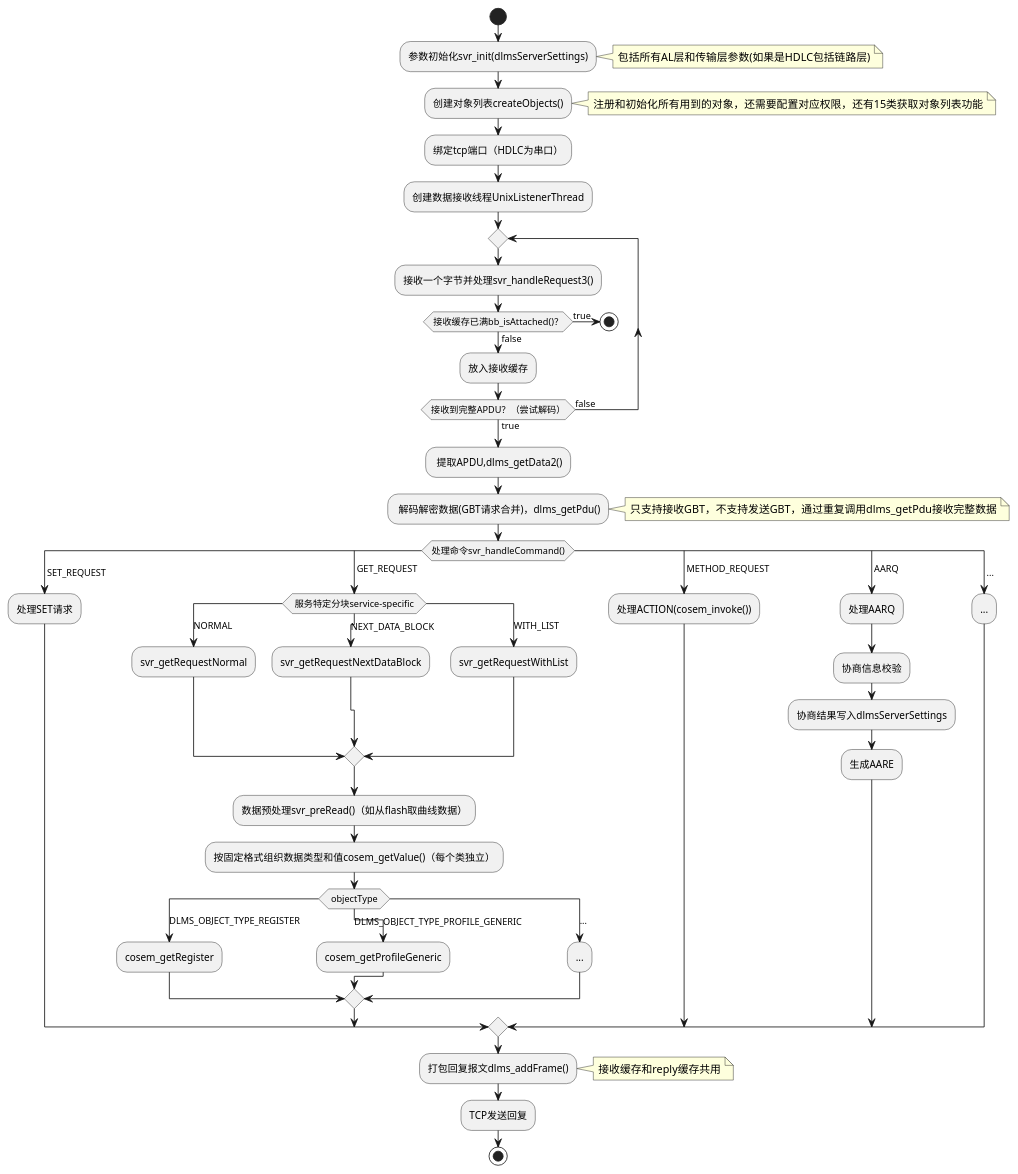
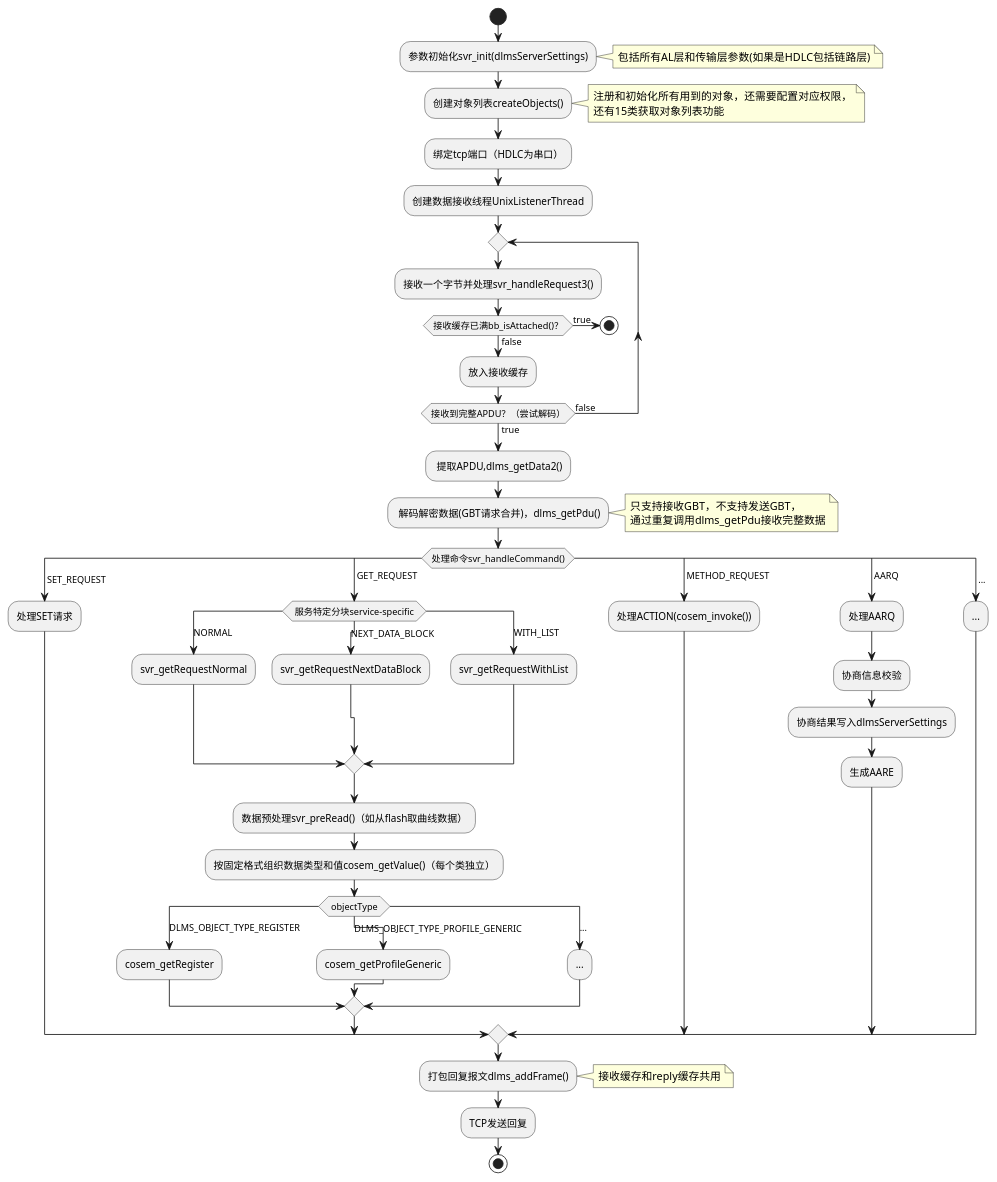
The diagram in assets/doc/2022-06-20-gurux-dlms-c/通信线程.puml (ProphetHJK/prophethjk.github.io), drawn with PlantUML before and after one commit. The commit also changed 17 other files, not shown here.

```diff
--- a/assets/doc/2022-06-20-gurux-dlms-c/通信线程.puml
+++ b/assets/doc/2022-06-20-gurux-dlms-c/通信线程.puml
@@ -1,60 +1,66 @@
 @startuml guruxdlms活动图
 
 start
 :参数初始化svr_init(dlmsServerSettings);
 note right:包括所有AL层和传输层参数(如果是HDLC包括链路层)
 :创建对象列表createObjects();
-note right:注册和初始化所有用到的对象，还需要配置对应权限，还有15类获取对象列表功能
+note right
+注册和初始化所有用到的对象，还需要配置对应权限，
+还有15类获取对象列表功能
+end note
 :绑定tcp端口（HDLC为串口）;
 :创建数据接收线程UnixListenerThread;
 repeat
   :接收一个字节并处理svr_handleRequest3();
   if (接收缓存已满bb_isAttached()？) then (true)
     stop
   else (false)
     :放入接收缓存;
   endif
 repeat while (接收到完整APDU？（尝试解码）) is (false) not (true)
 : 提取APDU,dlms_getData2();
 : 解码解密数据(GBT请求合并)，dlms_getPdu();
-note right:只支持接收GBT，不支持发送GBT，通过重复调用dlms_getPdu接收完整数据
+note right
+只支持接收GBT，不支持发送GBT，
+通过重复调用dlms_getPdu接收完整数据
+end note
 switch (处理命令svr_handleCommand())
 case ( SET_REQUEST )
   :处理SET请求;
 case ( GET_REQUEST )
   switch ( 服务特定分块service-specific )
   case (NORMAL)
     :svr_getRequestNormal;
   case (NEXT_DATA_BLOCK)
     :svr_getRequestNextDataBlock;
   case (WITH_LIST)
     :svr_getRequestWithList;
   endswitch
   :数据预处理svr_preRead()（如从flash取曲线数据）;
   :按固定格式组织数据类型和值cosem_getValue()（每个类独立）;
   switch ( objectType )
   case (DLMS_OBJECT_TYPE_REGISTER)
     :cosem_getRegister;
   case (DLMS_OBJECT_TYPE_PROFILE_GENERIC)
     :cosem_getProfileGeneric;
   case (...)
     :...;
   endswitch
 case ( METHOD_REQUEST )
   :处理ACTION(cosem_invoke());
 case ( AARQ )
   :处理AARQ;
   :协商信息校验;
   :协商结果写入dlmsServerSettings;
   :生成AARE;
 case ( ... )
   :...;
 endswitch
 
 :打包回复报文dlms_addFrame();
 note right:接收缓存和reply缓存共用
 :TCP发送回复;
 
 stop
 
 @enduml
```
